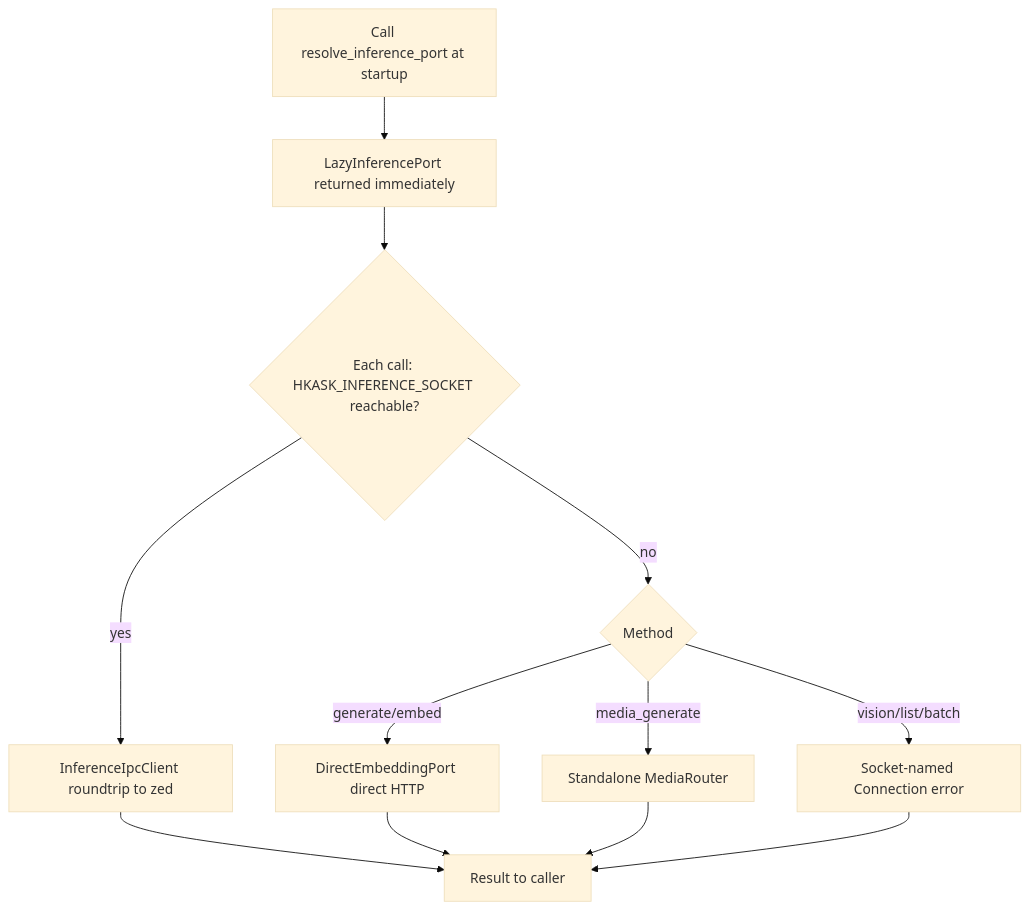
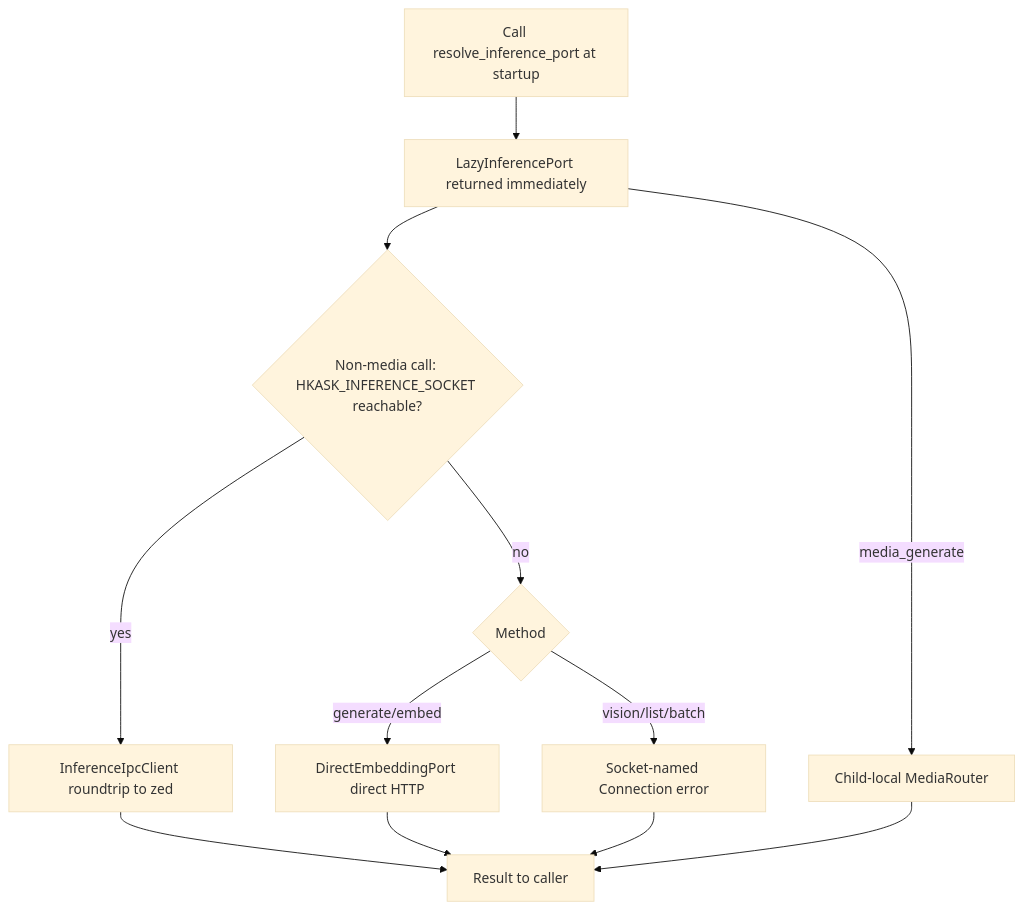
One commit to mdz-axo/zed-kask changed the first of 2 diagrams in kask/docs/diataxis/hkask-inference/how-to.md. Above: the diagram before and after it, drawn with Mermaid (base theme). The commit also changed other lines of this file and 14 other files, not shown here.

````diff
--- a/kask/docs/diataxis/hkask-inference/how-to.md
+++ b/kask/docs/diataxis/hkask-inference/how-to.md
@@ -55,14 +55,14 @@
 ```mermaid
 flowchart TD
     A[Call resolve_inference_port at startup] --> B[LazyInferencePort returned immediately]
-    B --> C{Each call: HKASK_INFERENCE_SOCKET reachable?}
+    B --> C{Non-media call: HKASK_INFERENCE_SOCKET reachable?}
     C -- yes --> D[InferenceIpcClient roundtrip to zed]
     C -- no --> E{Method}
     E -- generate/embed --> F[DirectEmbeddingPort direct HTTP]
-    E -- media_generate --> G[Standalone MediaRouter]
+    B -- media_generate --> G[Child-local MediaRouter]
     E -- vision/list/batch --> H[Socket-named Connection error]
     D --> I[Result to caller]
     F --> I
     G --> I
     H --> I
 ```
````
